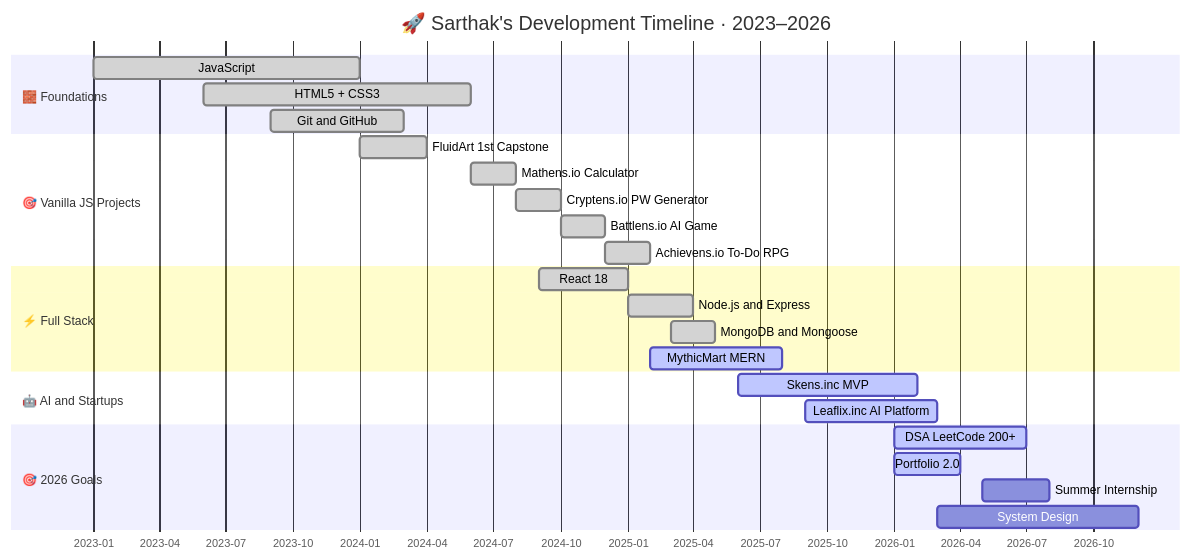
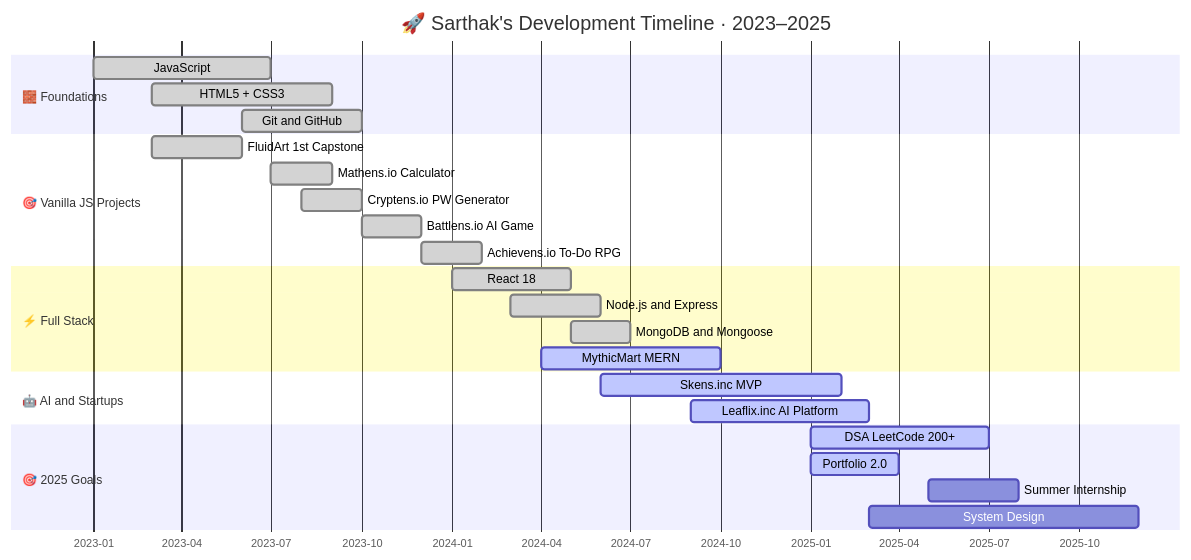
Before and after one commit to skens-git-code/skens-git-code: the diagram in README.md, drawn with Mermaid. The commit also changed other lines of this file, not shown here.

Commit message:
feat: remove streaks/contribution graph, shift all dates to 2023-based timeline

````diff
--- a/README.md
+++ b/README.md
@@ -698,34 +680,34 @@
 ```mermaid
 gantt
-  title  🚀 Sarthak's Development Timeline · 2023–2026
+  title  🚀 Sarthak's Development Timeline · 2023–2025
   dateFormat  YYYY-MM
   axisFormat  %Y-%m
 
   section 🧱 Foundations
-    JavaScript                  :done,  2023-01, 12M
-    HTML5 + CSS3                :done,  2023-06, 12M
-    Git and GitHub              :done,  2023-09, 6M
+    JavaScript                  :done,  2023-01, 6M
+    HTML5 + CSS3                :done,  2023-03, 6M
+    Git and GitHub              :done,  2023-06, 4M
 
   section 🎯 Vanilla JS Projects
-    FluidArt 1st Capstone       :done,  2024-01, 3M
-    Mathens.io Calculator       :done,  2024-06, 2M
-    Cryptens.io PW Generator    :done,  2024-08, 2M
-    Battlens.io AI Game         :done,  2024-10, 2M
-    Achievens.io To-Do RPG      :done,  2024-12, 2M
+    FluidArt 1st Capstone       :done,  2023-03, 3M
+    Mathens.io Calculator       :done,  2023-07, 2M
+    Cryptens.io PW Generator    :done,  2023-08, 2M
+    Battlens.io AI Game         :done,  2023-10, 2M
+    Achievens.io To-Do RPG      :done,  2023-12, 2M
 
   section ⚡ Full Stack
-    React 18                    :done,  2024-09, 4M
-    Node.js and Express         :done,  2025-01, 3M
-    MongoDB and Mongoose        :done,  2025-03, 2M
-    MythicMart MERN             :active, 2025-02, 6M
+    React 18                    :done,  2024-01, 4M
+    Node.js and Express         :done,  2024-03, 3M
+    MongoDB and Mongoose        :done,  2024-05, 2M
+    MythicMart MERN             :active, 2024-04, 6M
 
   section 🤖 AI and Startups
-    Skens.inc MVP               :active, 2025-06, 8M
-    Leaflix.inc AI Platform     :active, 2025-09, 6M
+    Skens.inc MVP               :active, 2024-06, 8M
+    Leaflix.inc AI Platform     :active, 2024-09, 6M
 
-  section 🎯 2026 Goals
-    DSA LeetCode 200+           :active, 2026-01, 6M
-    Portfolio 2.0               :active, 2026-01, 3M
-    Summer Internship           :        2026-05, 3M
-    System Design               :        2026-03, 9M
+  section 🎯 2025 Goals
+    DSA LeetCode 200+           :active, 2025-01, 6M
+    Portfolio 2.0               :active, 2025-01, 3M
+    Summer Internship           :        2025-05, 3M
+    System Design               :        2025-03, 9M
 ```
````
